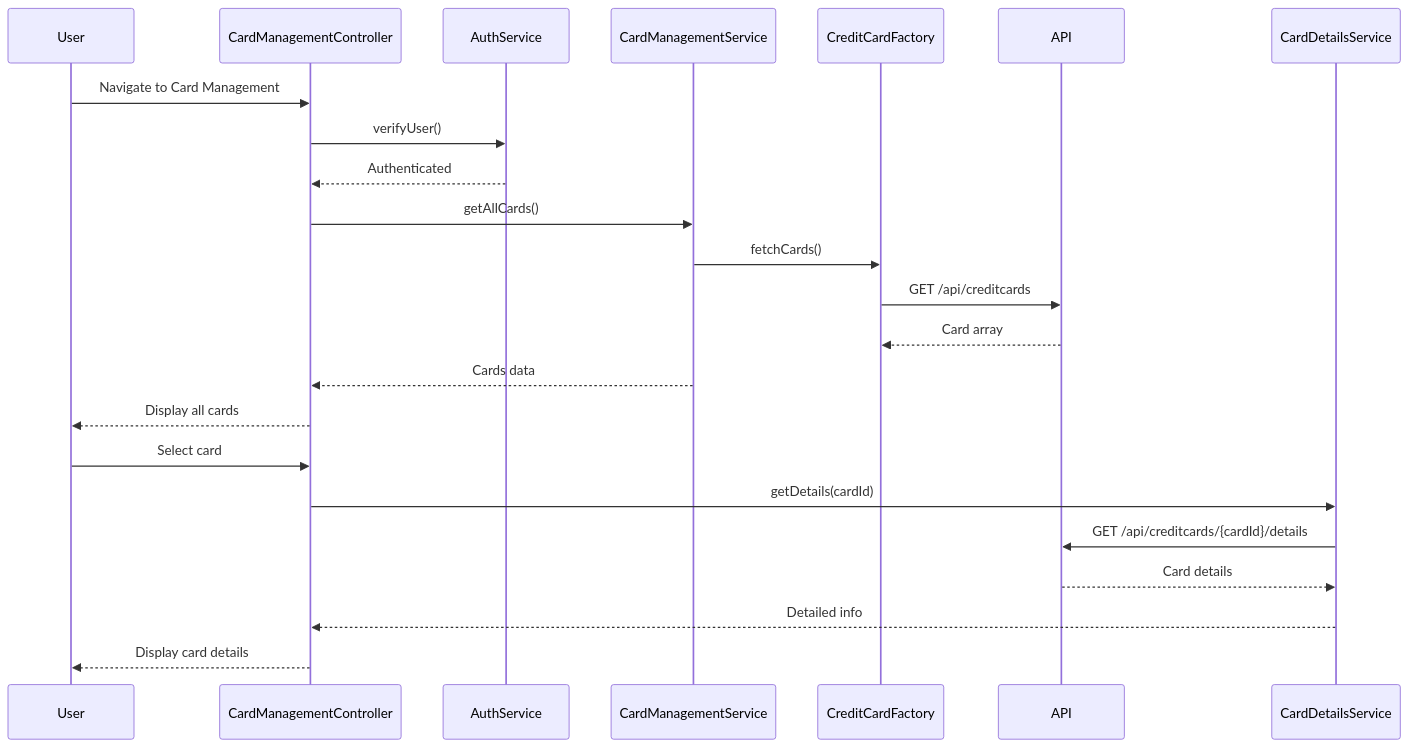
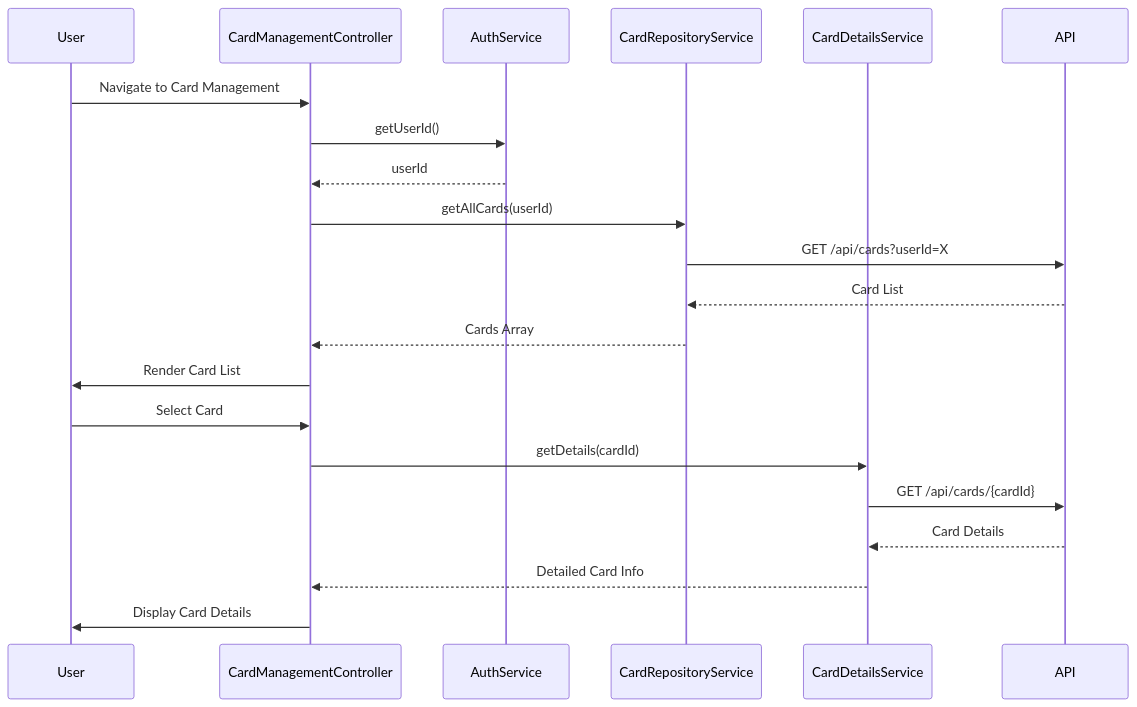
Before and after one commit to AAVA-Demo/APB_Demo: the diagram in LLD/QE-7732_LLD.md, drawn with Mermaid. The commit also changed other lines of this file and 5 other files, not shown here.

````diff
--- a/LLD/QE-7732_LLD.md
+++ b/LLD/QE-7732_LLD.md
@@ -84,26 +92,24 @@
 ```mermaid
 sequenceDiagram
     participant User
     participant CardManagementController
     participant AuthService
-    participant CardManagementService
-    participant CreditCardFactory
+    participant CardRepositoryService
+    participant CardDetailsService
     participant API
-    participant CardDetailsService
 
     User->>CardManagementController: Navigate to Card Management
-    CardManagementController->>AuthService: verifyUser()
-    AuthService-->>CardManagementController: Authenticated
-    CardManagementController->>CardManagementService: getAllCards()
-    CardManagementService->>CreditCardFactory: fetchCards()
-    CreditCardFactory->>API: GET /api/creditcards
-    API-->>CreditCardFactory: Card array
-    CardManagementService-->>CardManagementController: Cards data
-    CardManagementController-->>User: Display all cards
-    User->>CardManagementController: Select card
+    CardManagementController->>AuthService: getUserId()
+    AuthService-->>CardManagementController: userId
+    CardManagementController->>CardRepositoryService: getAllCards(userId)
+    CardRepositoryService->>API: GET /api/cards?userId=X
+    API-->>CardRepositoryService: Card List
+    CardRepositoryService-->>CardManagementController: Cards Array
+    CardManagementController->>User: Render Card List
+    User->>CardManagementController: Select Card
     CardManagementController->>CardDetailsService: getDetails(cardId)
-    CardDetailsService->>API: GET /api/creditcards/{cardId}/details
-    API-->>CardDetailsService: Card details
-    CardDetailsService-->>CardManagementController: Detailed info
-    CardManagementController-->>User: Display card details
+    CardDetailsService->>API: GET /api/cards/{cardId}
+    API-->>CardDetailsService: Card Details
+    CardDetailsService-->>CardManagementController: Detailed Card Info
+    CardManagementController->>User: Display Card Details
 ```
````
